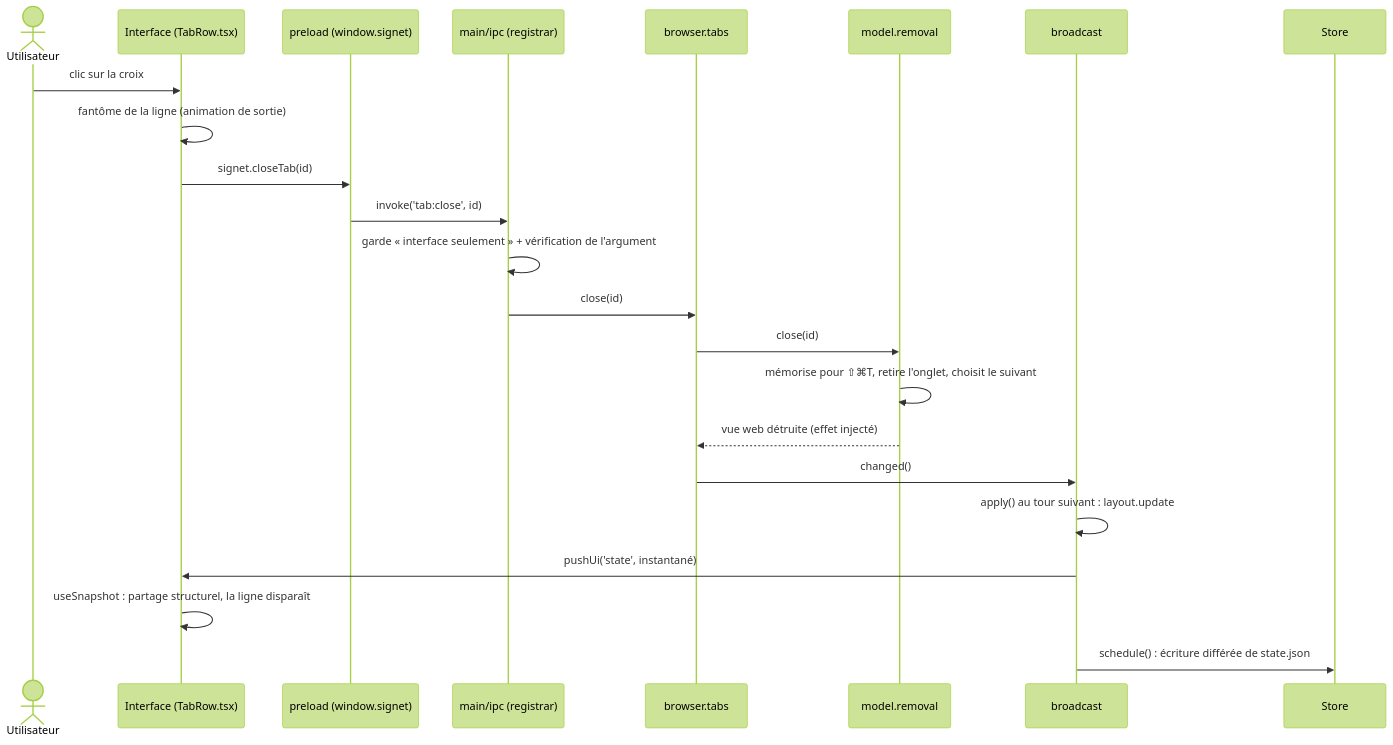
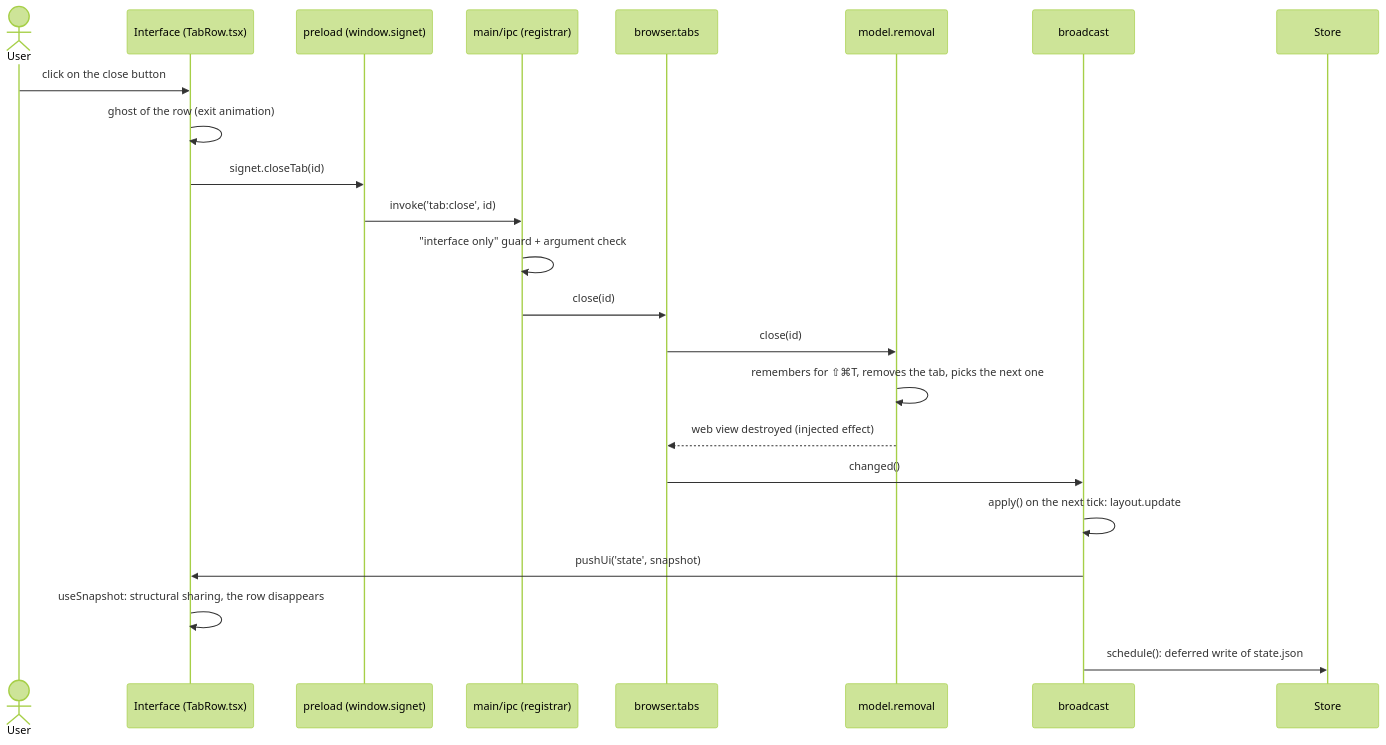
The third of 3 diagrams in docs/ARCHITECTURE.md (ItsKarmaOff/Signet), drawn with Mermaid (forest theme) before and after one commit. The commit also changed other lines of this file and 13 other files, not shown here.

````diff
--- a/docs/ARCHITECTURE.md
+++ b/docs/ARCHITECTURE.md
@@ -213,26 +213,26 @@
 ```mermaid
 sequenceDiagram
-  actor U as Utilisateur
+  actor U as User
   participant R as Interface (TabRow.tsx)
   participant P as preload (window.signet)
   participant I as main/ipc (registrar)
   participant T as browser.tabs
   participant M as model.removal
   participant B as broadcast
   participant S as Store
 
-  U->>R: clic sur la croix
-  R->>R: fantôme de la ligne (animation de sortie)
+  U->>R: click on the close button
+  R->>R: ghost of the row (exit animation)
   R->>P: signet.closeTab(id)
   P->>I: invoke('tab:close', id)
-  I->>I: garde « interface seulement » + vérification de l'argument
+  I->>I: "interface only" guard + argument check
   I->>T: close(id)
   T->>M: close(id)
-  M->>M: mémorise pour ⇧⌘T, retire l'onglet, choisit le suivant
-  M-->>T: vue web détruite (effet injecté)
+  M->>M: remembers for ⇧⌘T, removes the tab, picks the next one
+  M-->>T: web view destroyed (injected effect)
   T->>B: changed()
-  B->>B: apply() au tour suivant : layout.update
-  B->>R: pushUi('state', instantané)
-  R->>R: useSnapshot : partage structurel, la ligne disparaît
-  B->>S: schedule() : écriture différée de state.json
+  B->>B: apply() on the next tick: layout.update
+  B->>R: pushUi('state', snapshot)
+  R->>R: useSnapshot: structural sharing, the row disappears
+  B->>S: schedule(): deferred write of state.json
 ```
````
